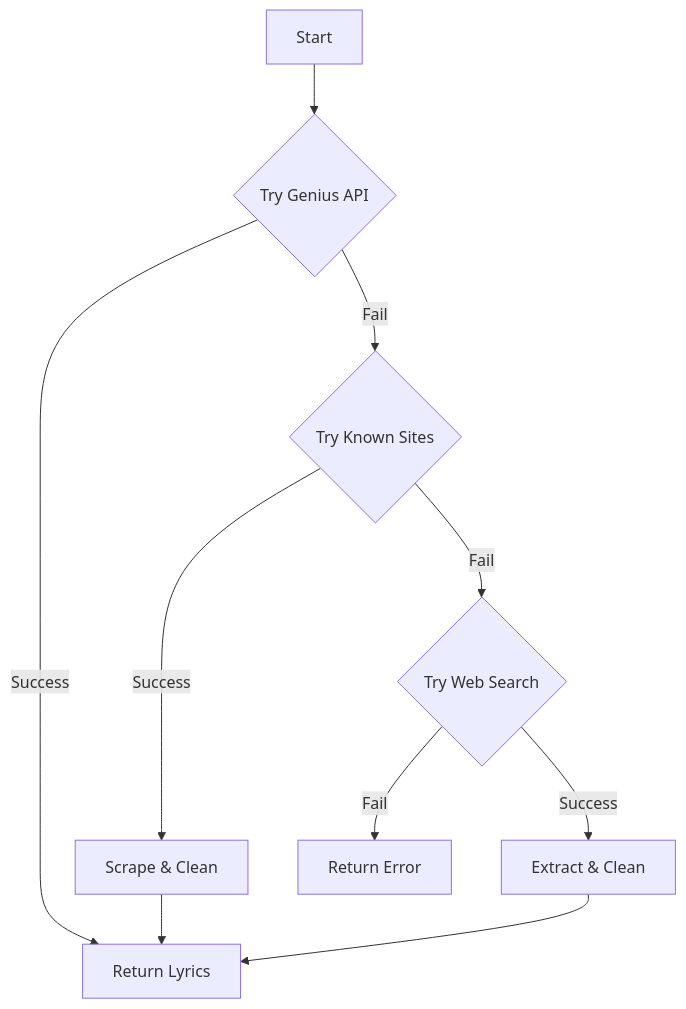
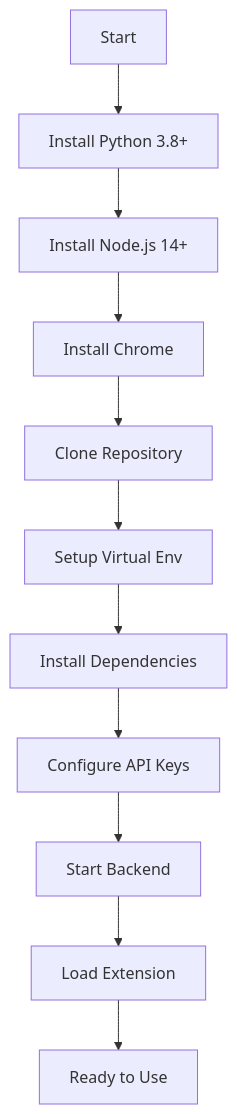
Before and after one commit to KrishnaKumarSoni/beatscript: the fifth of 14 diagrams in README.md, drawn with Mermaid. The commit also changed other lines of this file and 3 other files, not shown here.

````diff
--- a/README.md
+++ b/README.md
@@ -114,12 +135,13 @@
 ```mermaid
 graph TD
-    A[Start] --> B{Try Genius API}
-    B -->|Success| C[Return Lyrics]
-    B -->|Fail| D{Try Known Sites}
-    D -->|Success| E[Scrape & Clean]
-    D -->|Fail| F{Try Web Search}
-    F -->|Success| G[Extract & Clean]
-    F -->|Fail| H[Return Error]
-    E --> C
-    G --> C
+    A[Start] --> B[Install Python 3.8+]
+    B --> C[Install Node.js 14+]
+    C --> D[Install Chrome]
+    D --> E[Clone Repository]
+    E --> F[Setup Virtual Env]
+    F --> G[Install Dependencies]
+    G --> H[Configure API Keys]
+    H --> I[Start Backend]
+    I --> J[Load Extension]
+    J --> K[Ready to Use]
 ```
````
